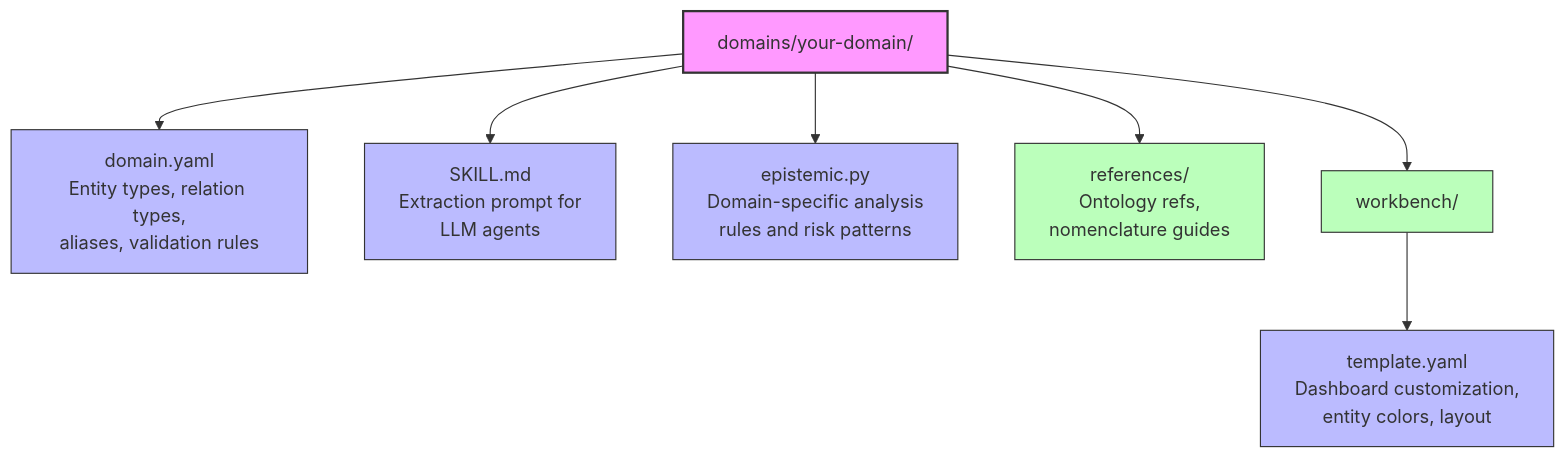
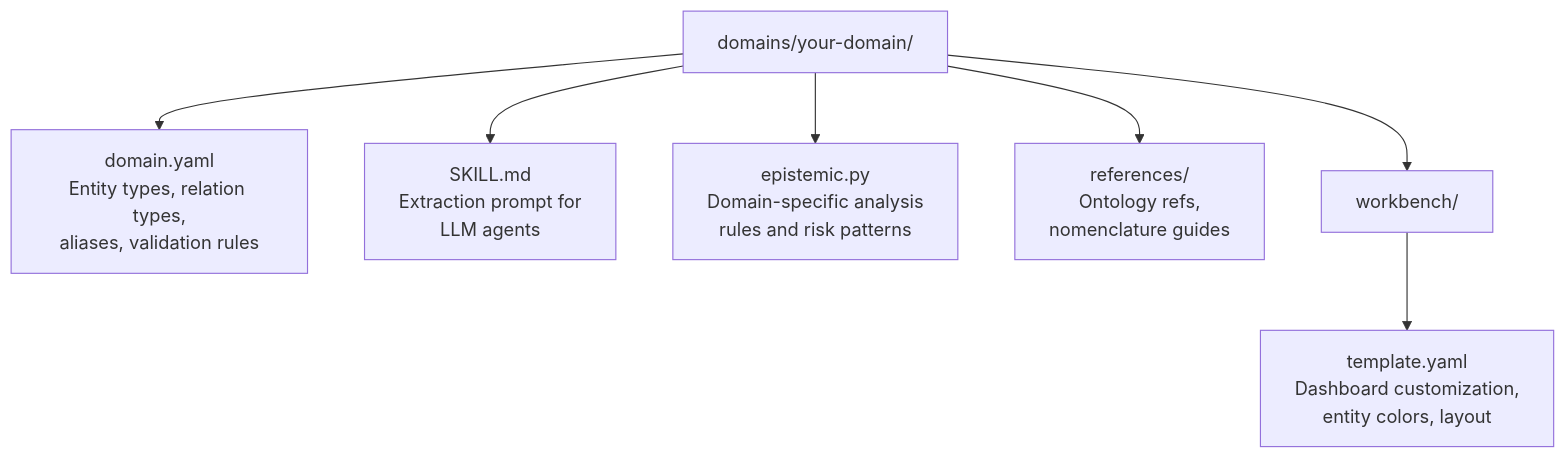
The diagram in docs/diagrams/domain-package.mmd (usathyan/epistract), drawn with Mermaid before and after one commit. The commit also changed 9 other files, not shown here.

First line of the commit message:
style(diagrams): re-render SVGs with beautiful-mermaid github-light theme

```diff
--- a/docs/diagrams/domain-package.mmd
+++ b/docs/diagrams/domain-package.mmd
@@ -1,15 +1,7 @@
 flowchart TB
     ROOT["domains/your-domain/"] --> YAML["domain.yaml\nEntity types, relation types,\naliases, validation rules"]
     ROOT --> SKILL["SKILL.md\nExtraction prompt for\nLLM agents"]
     ROOT --> EPIS["epistemic.py\nDomain-specific analysis\nrules and risk patterns"]
     ROOT --> REFS["references/\nOntology refs,\nnomenclature guides"]
     ROOT --> WB["workbench/"]
     WB --> TMPL["template.yaml\nDashboard customization,\nentity colors, layout"]
-
-    style ROOT fill:#f9f,stroke:#333,stroke-width:2px
-    style YAML fill:#bbf,stroke:#333
-    style SKILL fill:#bbf,stroke:#333
-    style EPIS fill:#bbf,stroke:#333
-    style REFS fill:#bfb,stroke:#333
-    style WB fill:#bfb,stroke:#333
-    style TMPL fill:#bbf,stroke:#333
```
